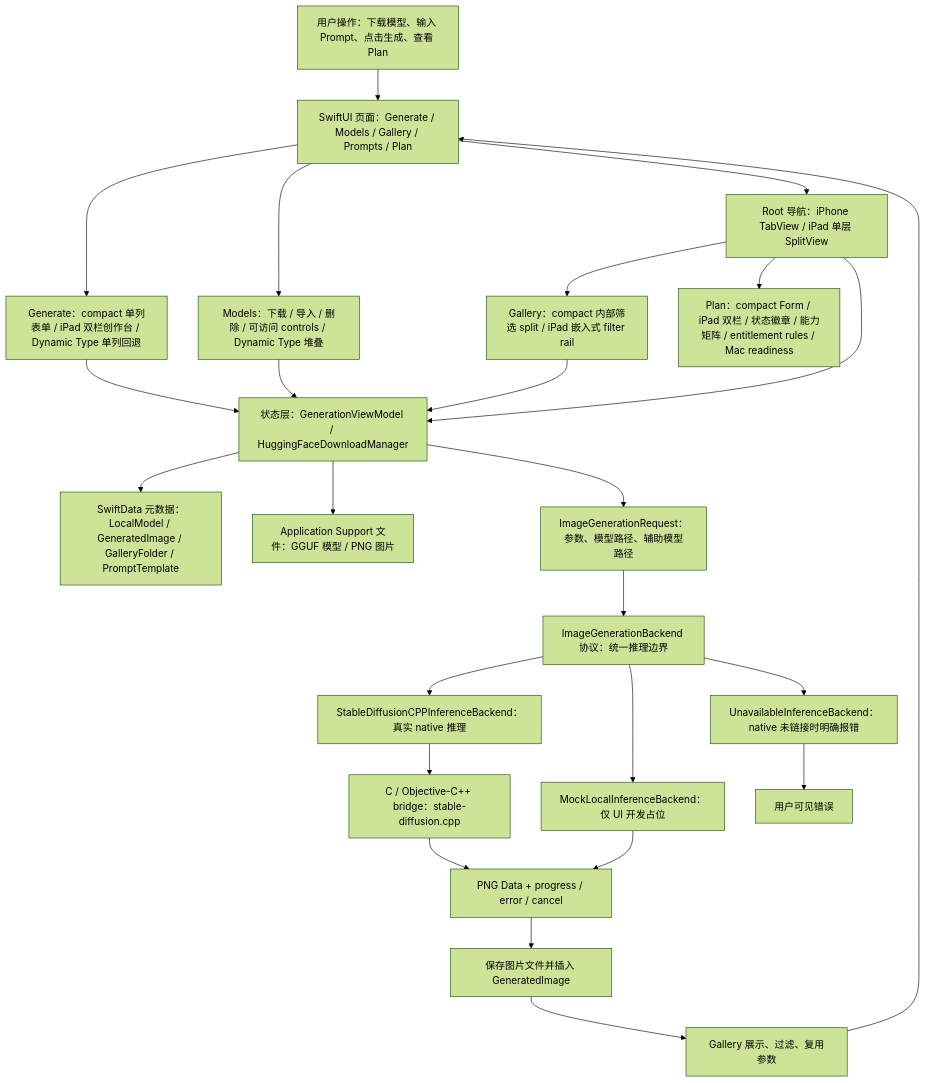
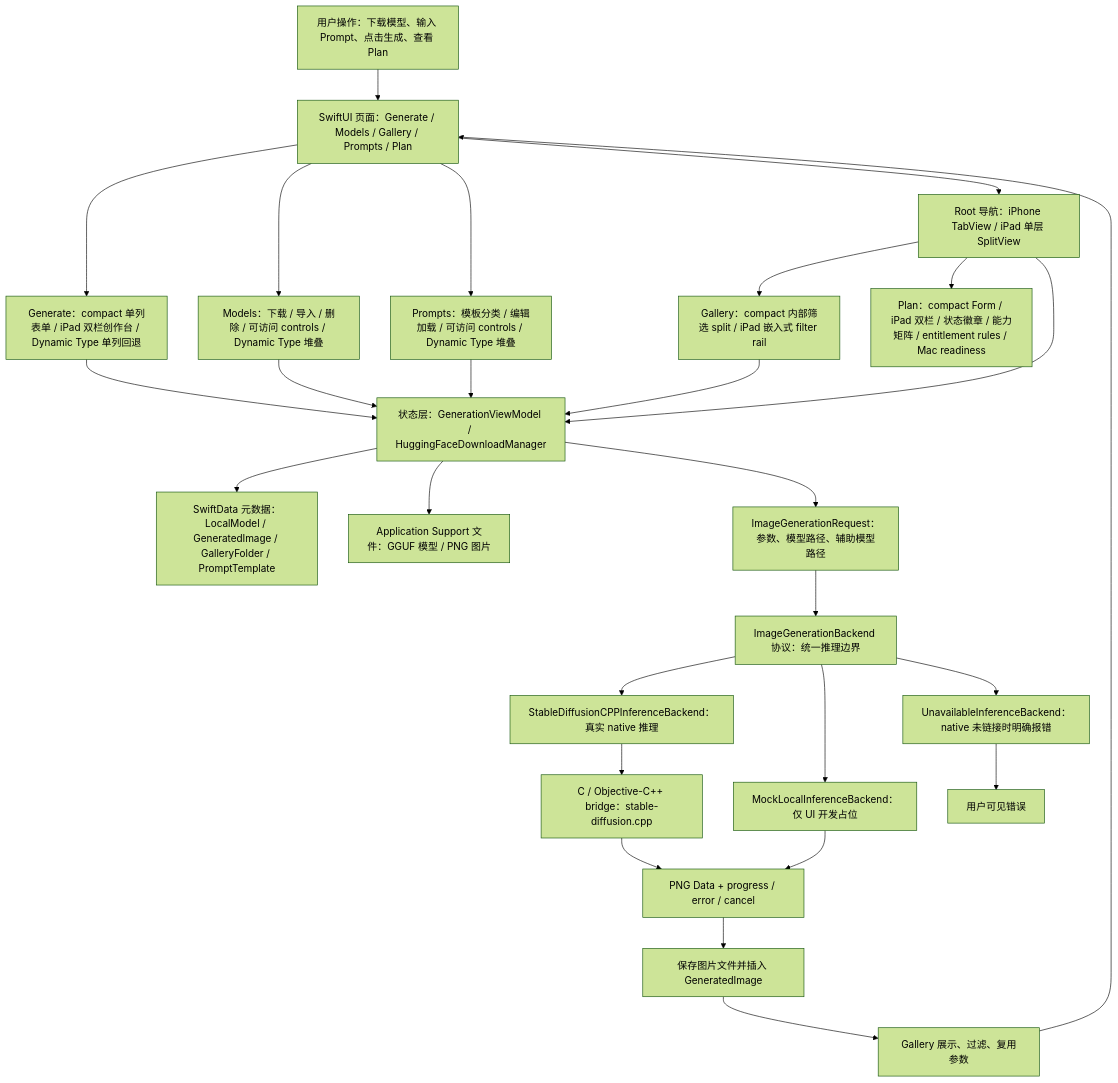
The first of 7 diagrams in md/flow/flowchart.md (Altman-sam114/118), drawn with Mermaid (forest theme) before and after one commit. The commit also changed 5 other files, not shown here.

````diff
--- a/md/flow/flowchart.md
+++ b/md/flow/flowchart.md
@@ -9,27 +9,29 @@
 ```mermaid
 flowchart TD
   U["用户操作：下载模型、输入 Prompt、点击生成、查看 Plan"] --> UI["SwiftUI 页面：Generate / Models / Gallery / Prompts / Plan"]
   UI --> GENUI["Generate：compact 单列表单 / iPad 双栏创作台 / Dynamic Type 单列回退"]
   UI --> MODELUI["Models：下载 / 导入 / 删除 / 可访问 controls / Dynamic Type 堆叠"]
+  UI --> PROMPTUI["Prompts：模板分类 / 编辑加载 / 可访问 controls / Dynamic Type 堆叠"]
   UI --> NAV["Root 导航：iPhone TabView / iPad 单层 SplitView"]
   NAV --> GALUI["Gallery：compact 内部筛选 split / iPad 嵌入式 filter rail"]
   NAV --> PLANUI["Plan：compact Form / iPad 双栏 / 状态徽章 / 能力矩阵 / entitlement rules / Mac readiness"]
   NAV --> VM["状态层：GenerationViewModel / HuggingFaceDownloadManager"]
   GENUI --> VM
   MODELUI --> VM
+  PROMPTUI --> VM
   GALUI --> VM
   VM --> SD["SwiftData 元数据：LocalModel / GeneratedImage / GalleryFolder / PromptTemplate"]
   VM --> FS["Application Support 文件：GGUF 模型 / PNG 图片"]
   VM --> REQ["ImageGenerationRequest：参数、模型路径、辅助模型路径"]
   REQ --> IFACE["ImageGenerationBackend 协议：统一推理边界"]
   IFACE --> NATIVE["StableDiffusionCPPInferenceBackend：真实 native 推理"]
   IFACE --> MOCK["MockLocalInferenceBackend：仅 UI 开发占位"]
   IFACE --> OFF["UnavailableInferenceBackend：native 未链接时明确报错"]
   NATIVE --> BRIDGE["C / Objective-C++ bridge：stable-diffusion.cpp"]
   BRIDGE --> PNG["PNG Data + progress / error / cancel"]
   MOCK --> PNG
   OFF --> ERR["用户可见错误"]
   PNG --> SAVE["保存图片文件并插入 GeneratedImage"]
   SAVE --> GALLERY["Gallery 展示、过滤、复用参数"]
   GALLERY --> UI
 ```
````
